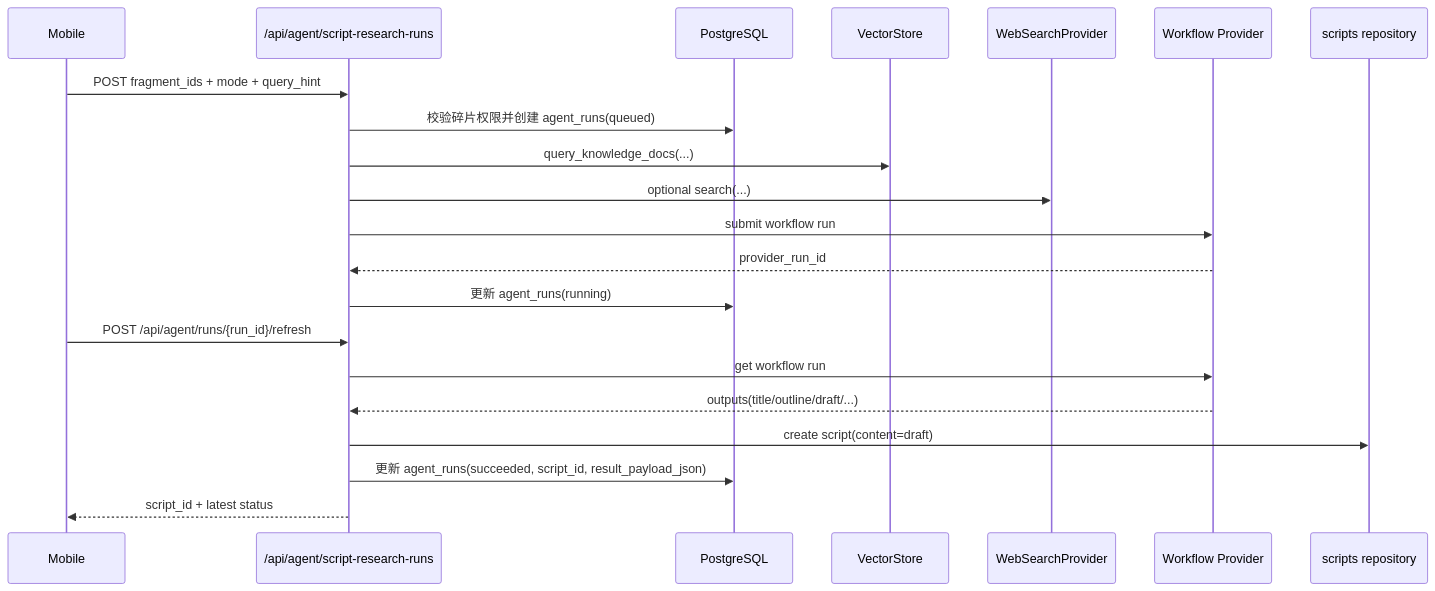
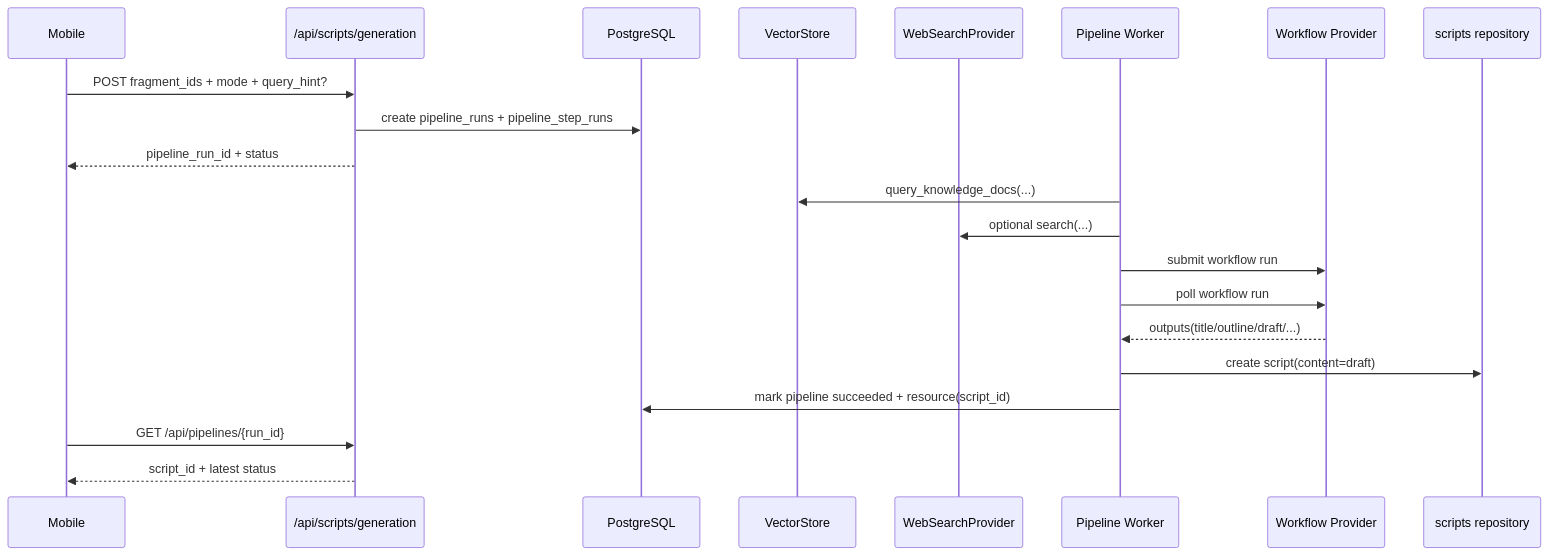
Before and after one commit to YCZA2/SparkFlow: the sixth of 9 diagrams in memory-bank/architecture.md, drawn with Mermaid. The commit also changed other lines of this file and 32 other files, not shown here.

````diff
--- a/memory-bank/architecture.md
+++ b/memory-bank/architecture.md
@@ -300,24 +298,24 @@
 ```mermaid
 sequenceDiagram
     participant App as Mobile
-    participant API as /api/agent/script-research-runs
+    participant API as /api/scripts/generation
     participant DB as PostgreSQL
     participant VDB as VectorStore
     participant WEB as WebSearchProvider
+    participant PIPE as Pipeline Worker
     participant WFP as Workflow Provider
     participant SCRIPT as scripts repository
 
-    App->>API: POST fragment_ids + mode + query_hint
-    API->>DB: 校验碎片权限并创建 agent_runs(queued)
-    API->>VDB: query_knowledge_docs(...)
-    API->>WEB: optional search(...)
-    API->>WFP: submit workflow run
-    WFP-->>API: provider_run_id
-    API->>DB: 更新 agent_runs(running)
-    App->>API: POST /api/agent/runs/{run_id}/refresh
-    API->>WFP: get workflow run
-    WFP-->>API: outputs(title/outline/draft/...)
-    API->>SCRIPT: create script(content=draft)
-    API->>DB: 更新 agent_runs(succeeded, script_id, result_payload_json)
+    App->>API: POST fragment_ids + mode + query_hint?
+    API->>DB: create pipeline_runs + pipeline_step_runs
+    API-->>App: pipeline_run_id + status
+    PIPE->>VDB: query_knowledge_docs(...)
+    PIPE->>WEB: optional search(...)
+    PIPE->>WFP: submit workflow run
+    PIPE->>WFP: poll workflow run
+    WFP-->>PIPE: outputs(title/outline/draft/...)
+    PIPE->>SCRIPT: create script(content=draft)
+    PIPE->>DB: mark pipeline succeeded + resource(script_id)
+    App->>API: GET /api/pipelines/{run_id}
     API-->>App: script_id + latest status
 ```
````
